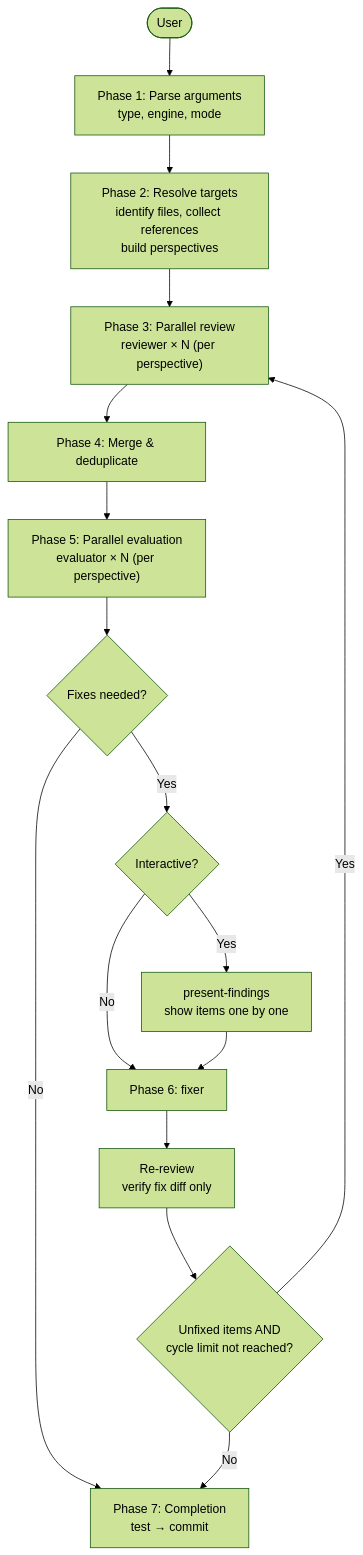
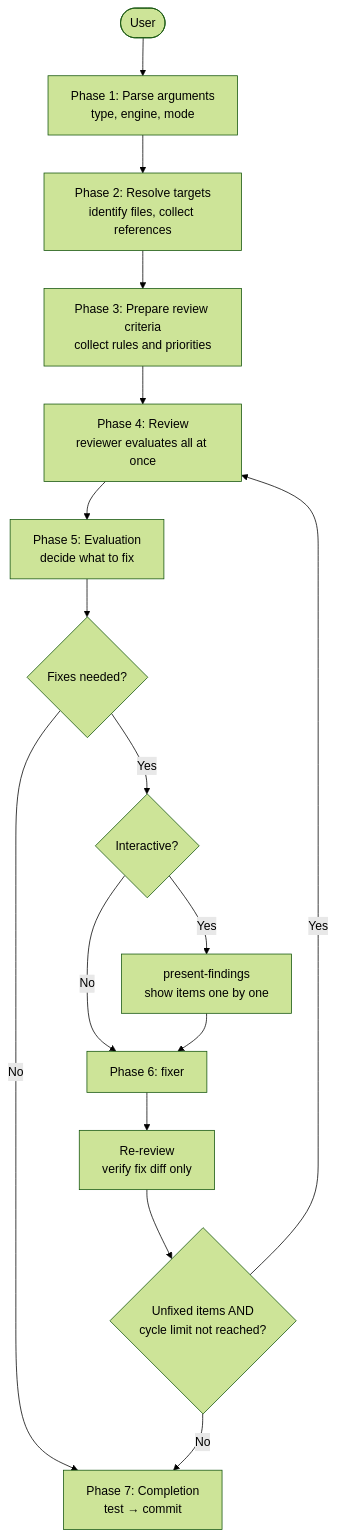
Before and after one commit to BlueEventHorizon/bw-cc-plugins: the diagram in docs/readme/forge/guide_review.md, drawn with Mermaid (forest theme). The commit also changed other lines of this file and 9 other files, not shown here.

First line of the commit message:
docs: 旧 perspective 仕様を撤廃し reviewer 1 起動原則に整合

````diff
--- a/docs/readme/forge/guide_review.md
+++ b/docs/readme/forge/guide_review.md
@@ -42,34 +42,34 @@
 ```mermaid
 flowchart TD
     START([User]) --> P1
 
     P1["Phase 1: Parse arguments<br/>type, engine, mode"] --> P2
 
-    P2["Phase 2: Resolve targets<br/>identify files, collect references<br/>build perspectives"] --> P3
+    P2["Phase 2: Resolve targets<br/>identify files, collect references"] --> P3
 
-    P3["Phase 3: Parallel review<br/>reviewer × N (per perspective)"] --> P4
+    P3["Phase 3: Prepare review criteria<br/>collect rules and priorities"] --> P4
 
-    P4["Phase 4: Merge & deduplicate"] --> P5
+    P4["Phase 4: Review<br/>reviewer evaluates all at once"] --> P5
 
-    P5["Phase 5: Parallel evaluation<br/>evaluator × N (per perspective)"] --> CHECK
+    P5["Phase 5: Evaluation<br/>decide what to fix"] --> CHECK
 
     CHECK{Fixes needed?}
     CHECK -->|No| P7
     CHECK -->|Yes| MODE
 
     MODE{Interactive?}
     MODE -->|Yes| PRESENT
     MODE -->|No| FIXER
 
     PRESENT["present-findings<br/>show items one by one"] --> FIXER
 
     FIXER["Phase 6: fixer"] --> REREV
 
     REREV["Re-review<br/>verify fix diff only"] --> CYCLE
 
     CYCLE{Unfixed items AND<br/>cycle limit not reached?}
-    CYCLE -->|Yes| P3
+    CYCLE -->|Yes| P4
     CYCLE -->|No| P7
 
     P7["Phase 7: Completion<br/>test → commit"]
 ```
````
